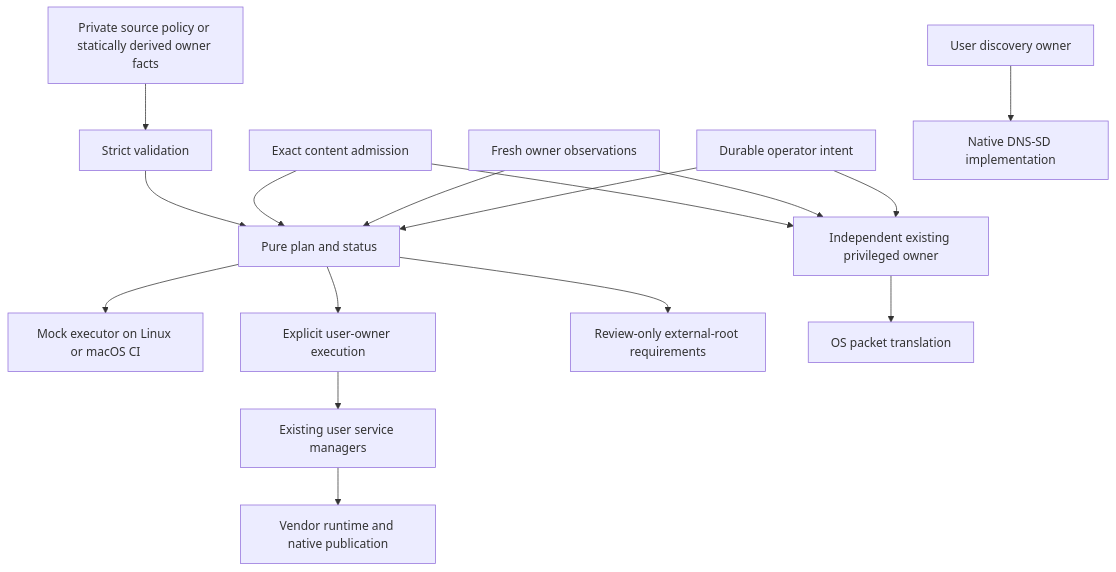
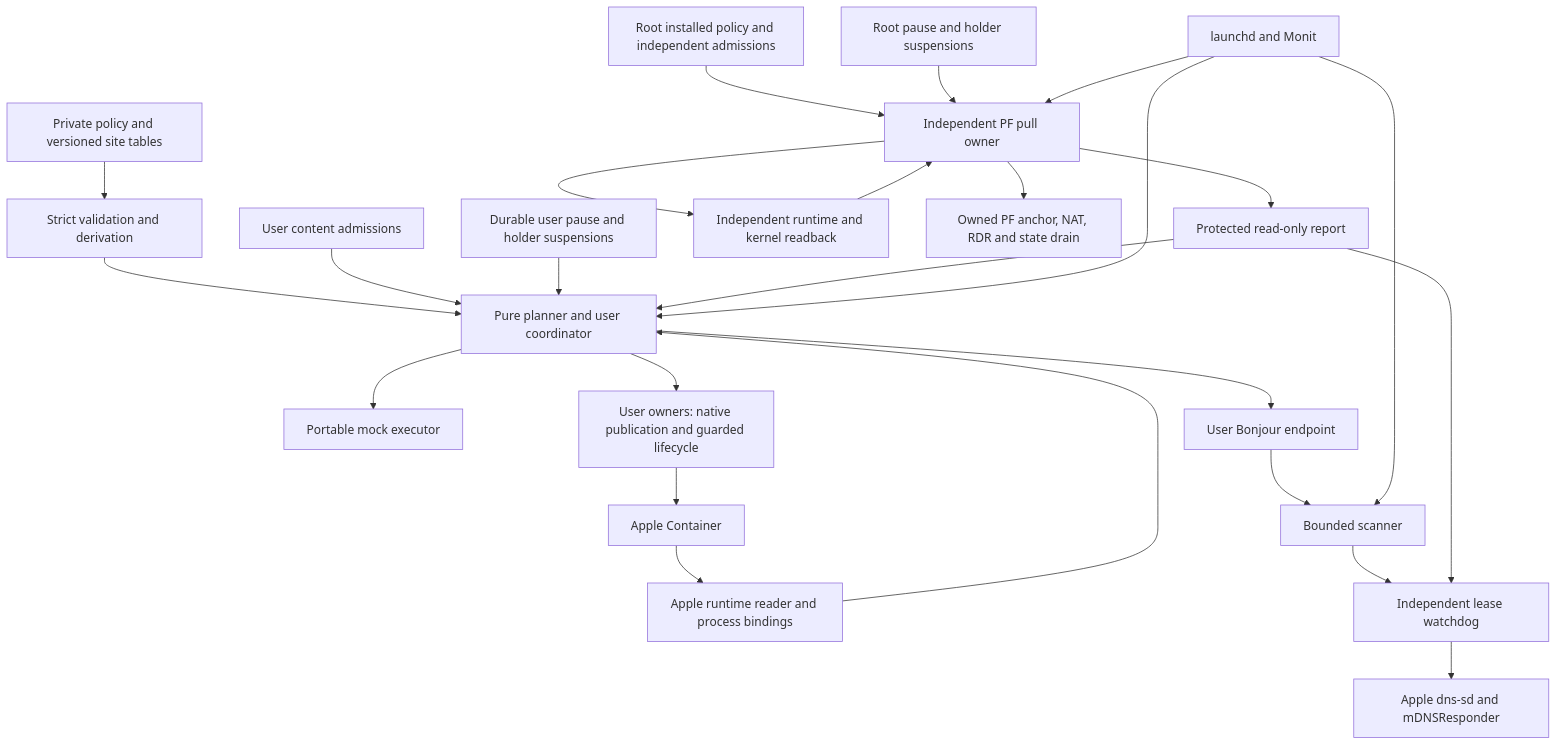
Before and after one commit to mglaeser/network-orchestrator: the diagram in docs/architecture.md, drawn with Mermaid. The commit also changed other lines of this file and 69 other files, not shown here.

First line of the commit message:
Complete reviewed native macOS networking orchestration and provisioning (#4)

````diff
--- a/docs/architecture.md
+++ b/docs/architecture.md
@@ -19,18 +31,27 @@
 ```mermaid
 flowchart TD
-    A[Private source policy or statically derived owner facts] --> B[Strict validation]
-    B --> C[Pure plan and status]
-    D[Exact content admission] --> C
-    E[Fresh owner observations] --> C
-    F[Durable operator intent] --> C
-    C --> G[Mock executor on Linux or macOS CI]
-    C --> H[Explicit user-owner execution]
-    H --> I[Existing user service managers]
-    I --> J[Vendor runtime and native publication]
-    C --> K[Review-only external-root requirements]
-    L[Independent existing privileged owner] --> M[OS packet translation]
-    D --> L
-    E --> L
-    F --> L
-    N[User discovery owner] --> O[Native DNS-SD implementation]
+    P[Private policy and versioned site tables] --> V[Strict validation and derivation]
+    V --> C[Pure planner and user coordinator]
+    A[User content admissions] --> C
+    I[Durable user pause and holder suspensions] --> C
+    R[Apple runtime reader and process bindings] --> C
+    C --> M[Portable mock executor]
+    C --> U[User owners: native publication and guarded lifecycle]
+    U --> AC[Apple Container]
+    C --> B[User Bonjour endpoint]
+    B --> S[Bounded scanner]
+    S --> W[Independent lease watchdog]
+    W --> DNS[Apple dns-sd and mDNSResponder]
+    RA[Root installed policy and independent admissions] --> F[Independent PF pull owner]
+    RI[Root pause and holder suspensions] --> F
+    AC --> R
+    F --> FR[Independent runtime and kernel readback]
+    FR --> F
+    F --> PF[Owned PF anchor, NAT, RDR and state drain]
+    F --> O[Protected read-only report]
+    O --> C
+    O --> W
+    L[launchd and Monit] --> C
+    L --> S
+    L --> F
 ```
````
